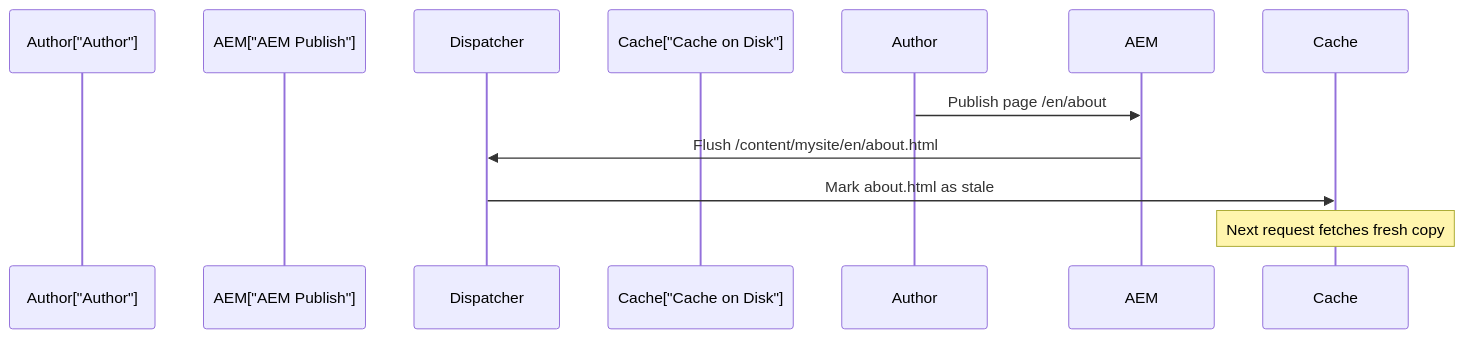
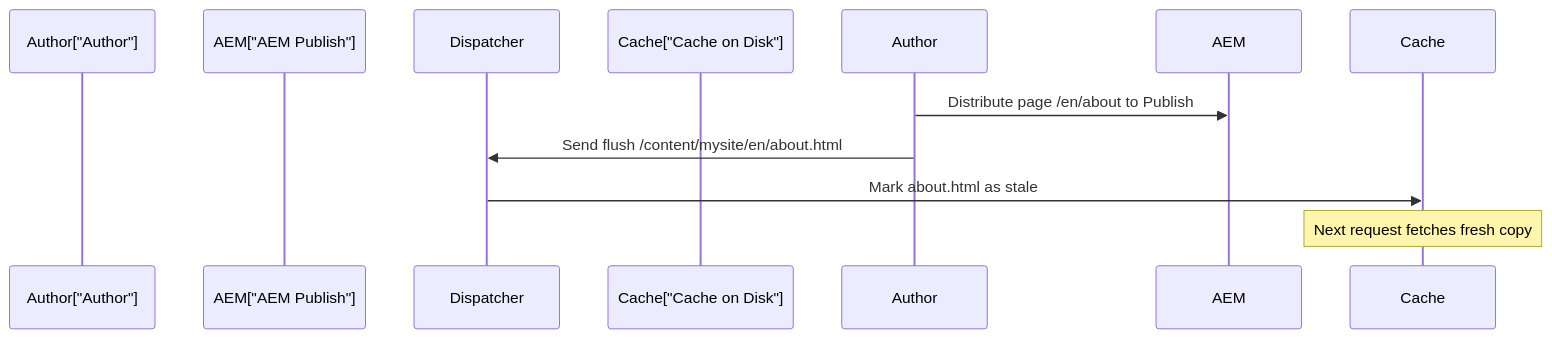
One commit to LucaNerlich/lucanerlich.com changed the second of 2 diagrams in docs/aem/beginners-guide/18-dispatcher-and-caching.md. Above: the diagram before and after it, drawn with Mermaid. The commit also changed other lines of this file and 95 other files, not shown here.

Commit message:
update aem content (#70)

````diff
--- a/docs/aem/beginners-guide/18-dispatcher-and-caching.md
+++ b/docs/aem/beginners-guide/18-dispatcher-and-caching.md
@@ -215,12 +216,12 @@
 ```mermaid
 sequenceDiagram
     participant Author["Author"]
     participant AEM["AEM Publish"]
     participant Dispatcher
     participant Cache["Cache on Disk"]
 
-    Author->>AEM: Publish page /en/about
-    AEM->>Dispatcher: Flush /content/mysite/en/about.html
+    Author->>AEM: Distribute page /en/about to Publish
+    Author->>Dispatcher: Send flush /content/mysite/en/about.html
     Dispatcher->>Cache: Mark about.html as stale
     Note over Cache: Next request fetches fresh copy
 ```
````
